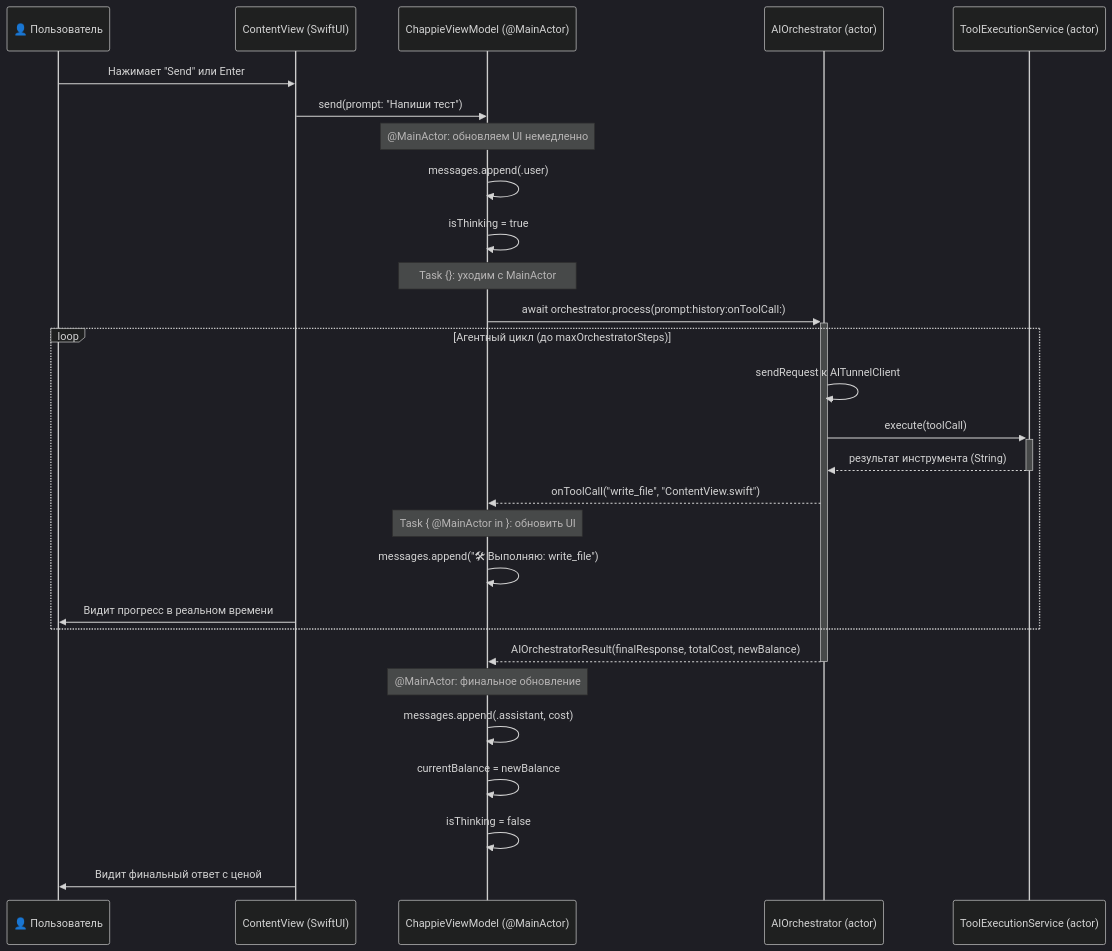
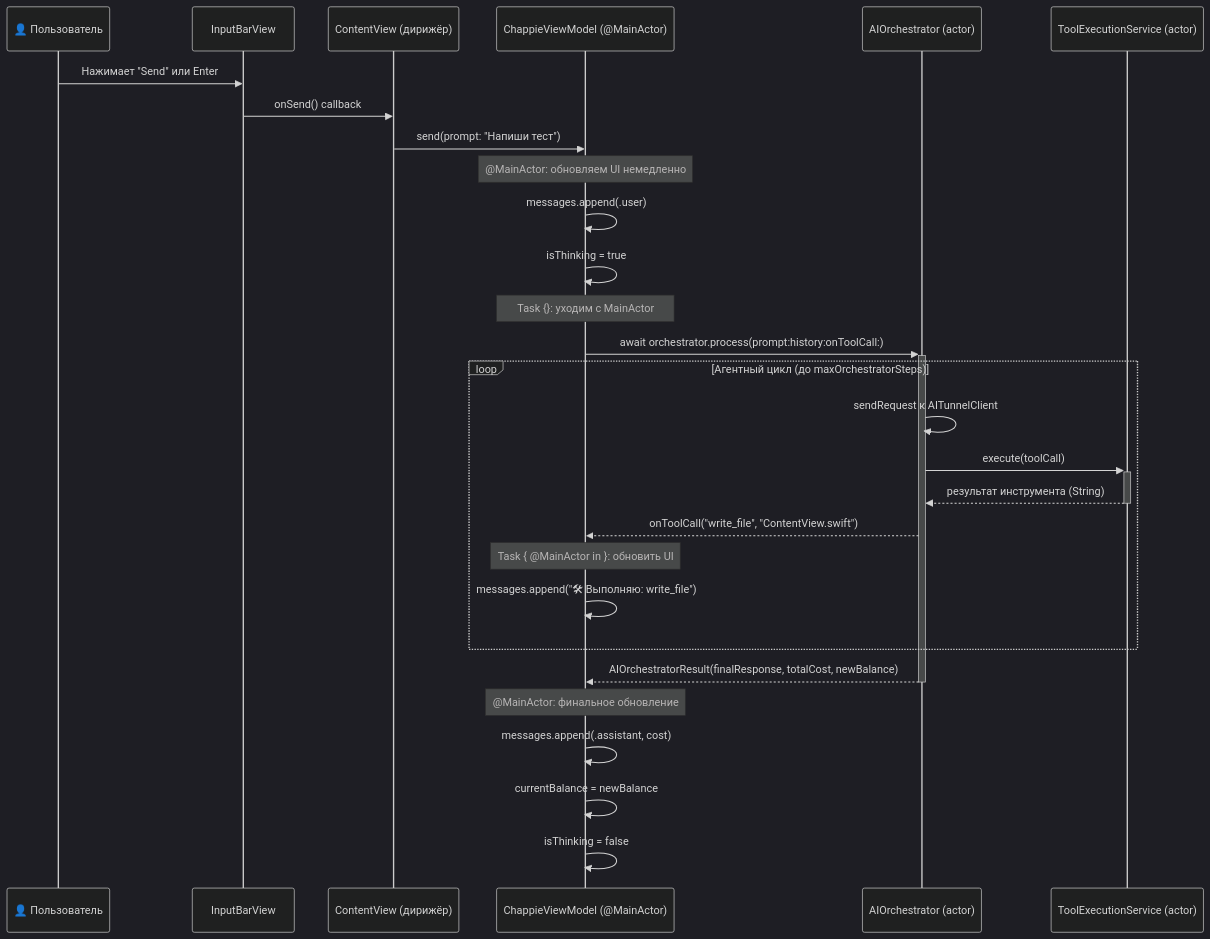
One commit to iOSIvanovS/chappieai changed the second of 2 diagrams in Chappie/AI_Docs/architecture.md. Above: the diagram before and after it, drawn with Mermaid (dark theme). The commit also changed other lines of this file and 8 other files, not shown here.

````diff
--- a/Chappie/AI_Docs/architecture.md
+++ b/Chappie/AI_Docs/architecture.md
@@ -254,35 +296,35 @@
 ```mermaid
 sequenceDiagram
     participant User as 👤 Пользователь
-    participant CV as ContentView (SwiftUI)
+    participant IB as InputBarView
+    participant CV as ContentView (дирижёр)
     participant VM as ChappieViewModel (@MainActor)
     participant Orch as AIOrchestrator (actor)
     participant Tools as ToolExecutionService (actor)
 
-    User->>CV: Нажимает "Send" или Enter
+    User->>IB: Нажимает "Send" или Enter
+    IB->>CV: onSend() callback
     CV->>VM: send(prompt: "Напиши тест")
 
     Note over VM: @MainActor: обновляем UI немедленно
     VM->>VM: messages.append(.user)
     VM->>VM: isThinking = true
 
     Note over VM: Task {}: уходим с MainActor
     VM->>+Orch: await orchestrator.process(prompt:history:onToolCall:)
 
     loop Агентный цикл (до maxOrchestratorSteps)
         Orch->>Orch: sendRequest к AITunnelClient
         Orch->>+Tools: execute(toolCall)
         Tools-->>-Orch: результат инструмента (String)
         Orch-->>VM: onToolCall("write_file", "ContentView.swift")
         Note over VM: Task { @MainActor in }: обновить UI
         VM->>VM: messages.append("🛠 Выполняю: write_file")
-        CV->>User: Видит прогресс в реальном времени
     end
 
     Orch-->>-VM: AIOrchestratorResult(finalResponse, totalCost, newBalance)
     Note over VM: @MainActor: финальное обновление
     VM->>VM: messages.append(.assistant, cost)
     VM->>VM: currentBalance = newBalance
     VM->>VM: isThinking = false
-    CV->>User: Видит финальный ответ с ценой
 ```
````
